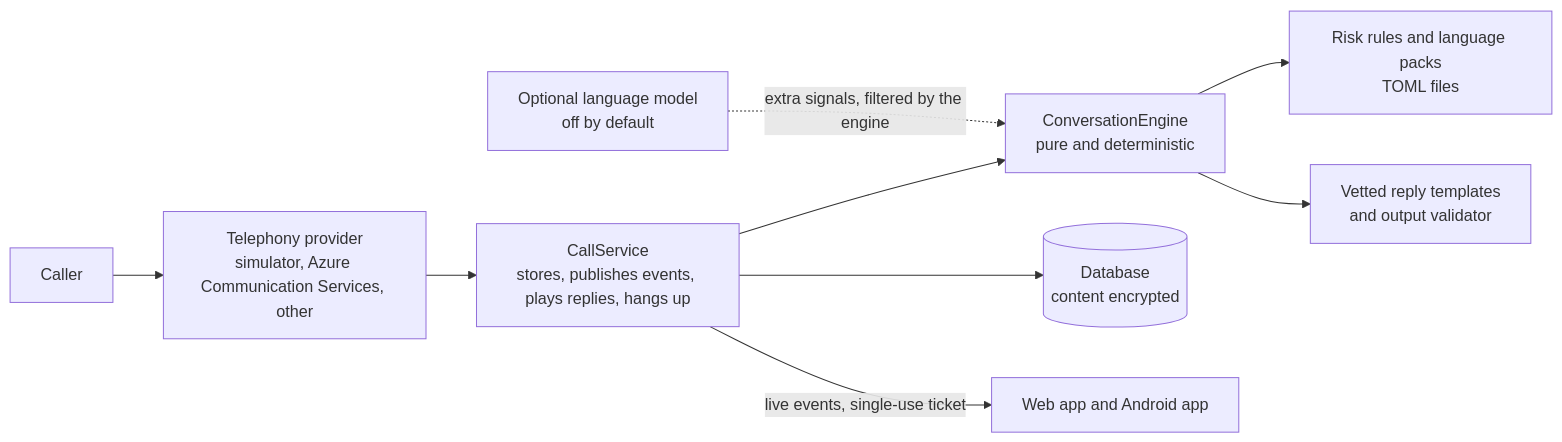
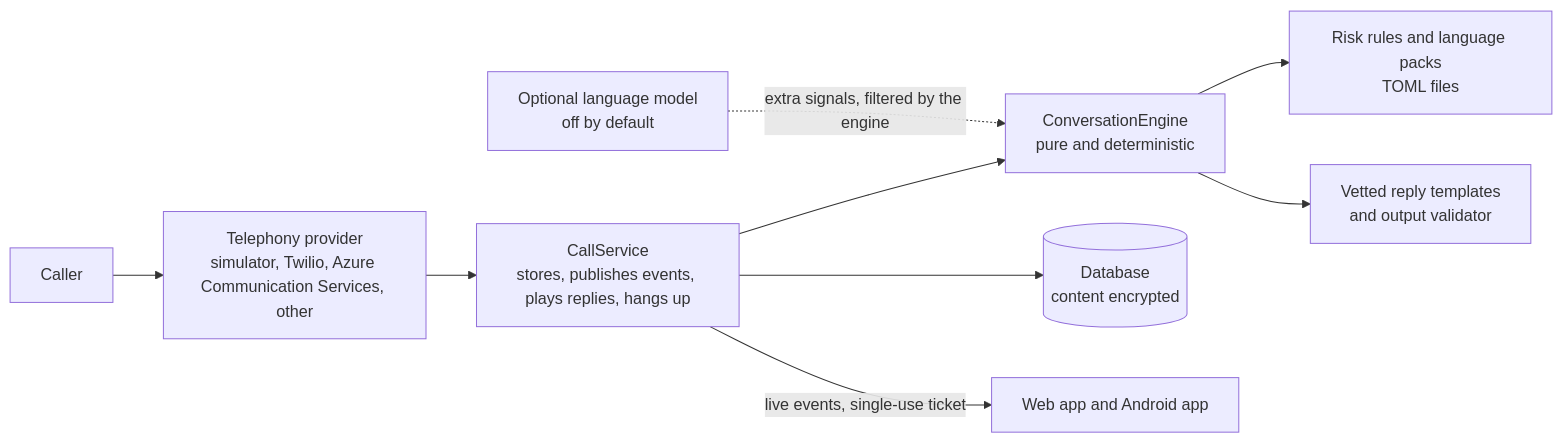
The diagram in README.md (snowjug/Sparta), drawn with Mermaid before and after one commit. The commit also changed other lines of this file and 20 other files, not shown here.

````diff
--- a/README.md
+++ b/README.md
@@ -37,11 +60,11 @@
 ```mermaid
 flowchart LR
-  CALLER["Caller"] --> PROVIDER["Telephony provider<br/>simulator, Azure Communication Services, other"]
+  CALLER["Caller"] --> PROVIDER["Telephony provider<br/>simulator, Twilio, Azure Communication Services, other"]
   PROVIDER --> SERVICE["CallService<br/>stores, publishes events, plays replies, hangs up"]
   SERVICE --> ENGINE["ConversationEngine<br/>pure and deterministic"]
   ENGINE --> RULES["Risk rules and language packs<br/>TOML files"]
   ENGINE --> REPLY["Vetted reply templates<br/>and output validator"]
   SERVICE --> STORE[("Database<br/>content encrypted")]
   SERVICE -->|"live events, single-use ticket"| CLIENTS["Web app and Android app"]
   MODEL["Optional language model<br/>off by default"] -.->|"extra signals, filtered by the engine"| ENGINE
 ```
````
